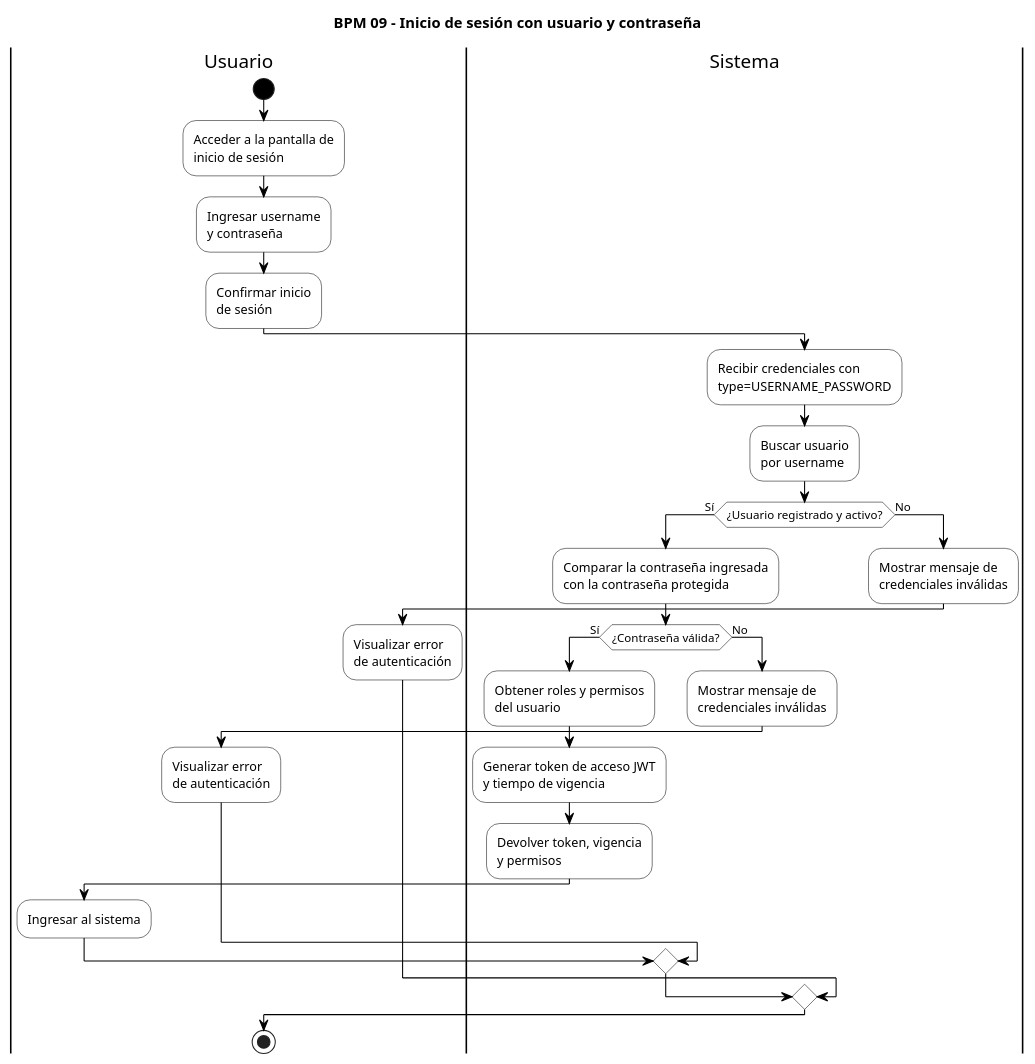
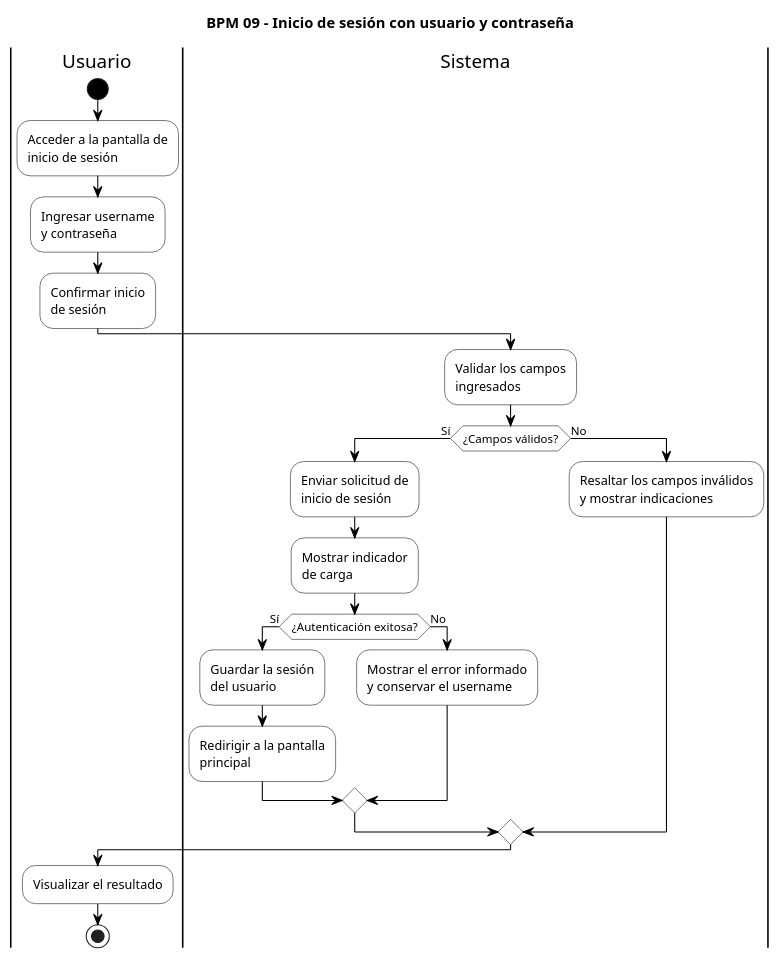
One commit to U25256708/identity-service changed the diagram in docs/diagrams/users/bpm/09-sign-in-username-password-bpm.puml. Above: the diagram before and after it, drawn with PlantUML. The commit also changed 24 other files, not shown here.

```diff
--- a/docs/diagrams/users/bpm/09-sign-in-username-password-bpm.puml
+++ b/docs/diagrams/users/bpm/09-sign-in-username-password-bpm.puml
@@ -1,89 +1,51 @@
 @startuml
 title BPM 09 - Inicio de sesión con usuario y contraseña
 
 skinparam backgroundColor white
 skinparam defaultFontName Arial
 skinparam shadowing false
 skinparam ArrowColor black
 
 skinparam activity {
     BackgroundColor white
     BorderColor black
     FontColor black
     DiamondBackgroundColor white
     DiamondBorderColor black
     StartColor black
     EndColor black
 }
 
 |Usuario|
-
 start
-
 :Acceder a la pantalla de
 inicio de sesión;
-
 :Ingresar username
 y contraseña;
-
 :Confirmar inicio
 de sesión;
-
 |Sistema|
-
-:Recibir credenciales con
-type=USERNAME_PASSWORD;
-
-:Buscar usuario
-por username;
-
-if (¿Usuario registrado y activo?) then (Sí)
-
-    :Comparar la contraseña ingresada
-    con la contraseña protegida;
-
-    if (¿Contraseña válida?) then (Sí)
-
-        :Obtener roles y permisos
-        del usuario;
-
-        :Generar token de acceso JWT
-        y tiempo de vigencia;
-
-        :Devolver token, vigencia
-        y permisos;
-
-        |Usuario|
-
-        :Ingresar al sistema;
-
+:Validar los campos
+ingresados;
+if (¿Campos válidos?) then (Sí)
+    :Enviar solicitud de
+inicio de sesión;
+    :Mostrar indicador
+de carga;
+    if (¿Autenticación exitosa?) then (Sí)
+        :Guardar la sesión
+del usuario;
+        :Redirigir a la pantalla
+principal;
     else (No)
-
-        |Sistema|
-
-        :Mostrar mensaje de
-        credenciales inválidas;
-
-        |Usuario|
-
-        :Visualizar error
-        de autenticación;
-
+        :Mostrar el error informado
+y conservar el username;
     endif
-
 else (No)
-
-    |Sistema|
-
-    :Mostrar mensaje de
-    credenciales inválidas;
-
-    |Usuario|
-
-    :Visualizar error
-    de autenticación;
-
+    :Resaltar los campos inválidos
+y mostrar indicaciones;
 endif
-
+|Usuario|
+:Visualizar el resultado;
 stop
 @enduml
```
